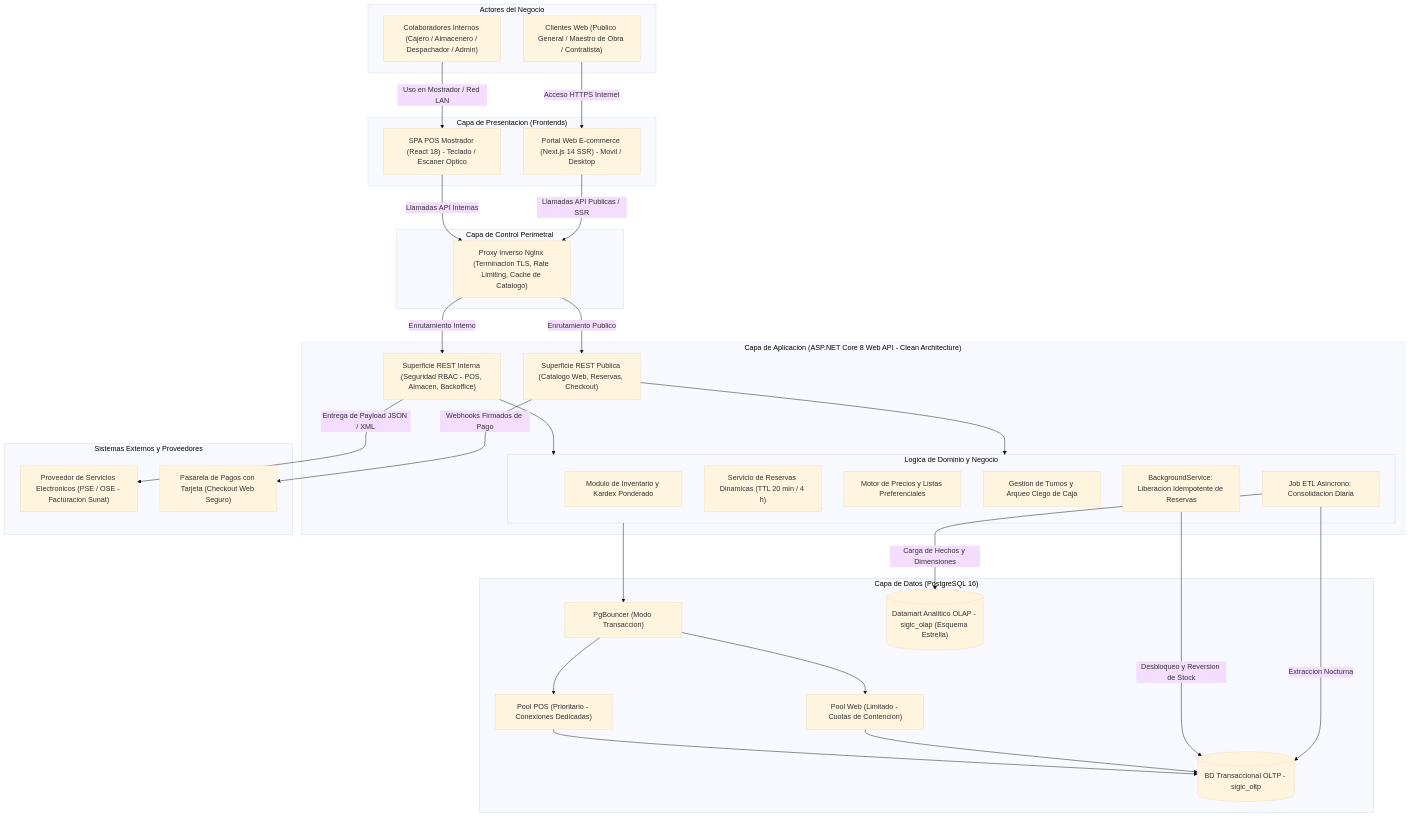
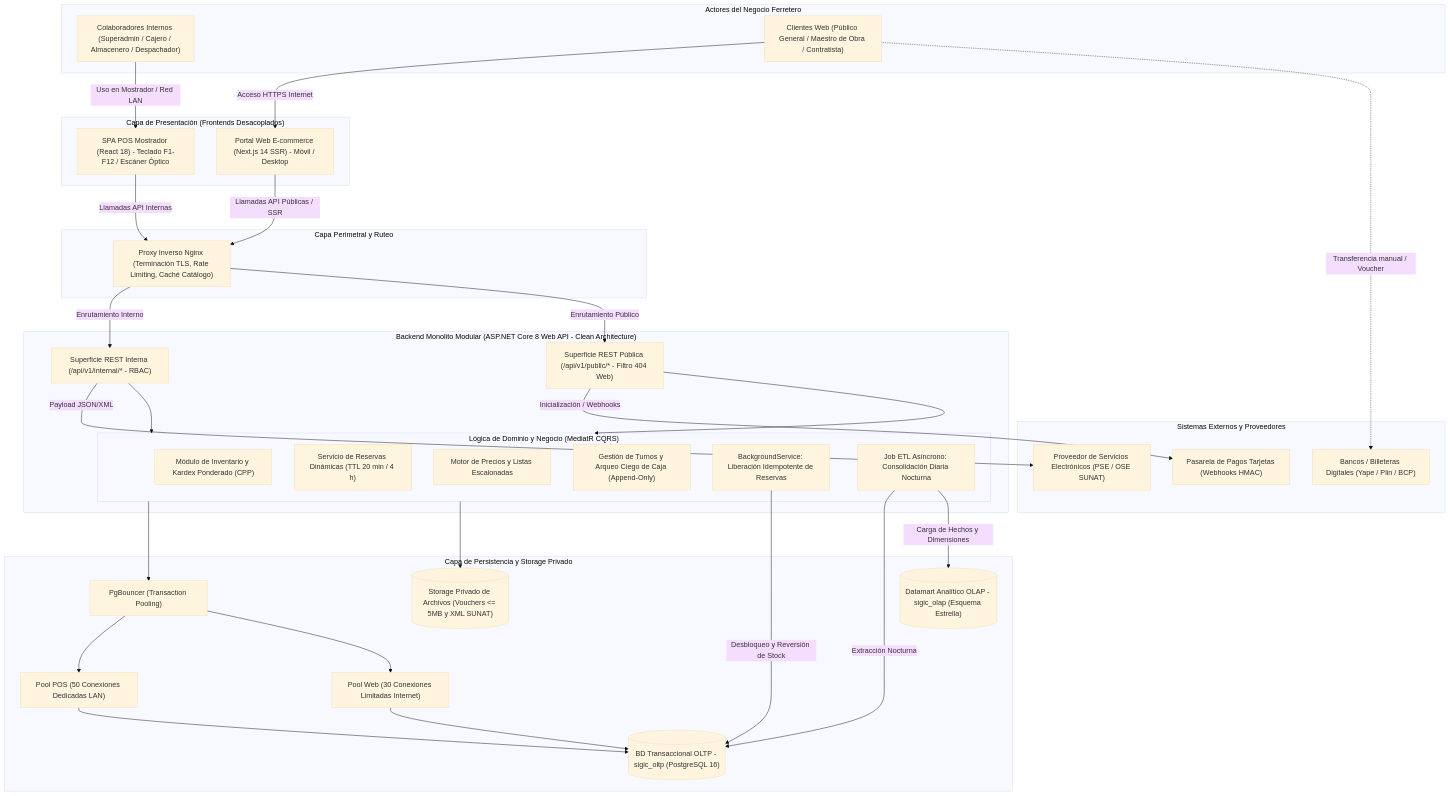
One commit to Crhisxp/SIGIC-arquitSoft-proyecto-final changed the first of 2 diagrams in 02-arquitectura-software/arquitectura-inicial.md. Above: the diagram before and after it, drawn with Mermaid (base theme). The commit also changed other lines of this file and 53 other files, not shown here.

````diff
--- a/02-arquitectura-software/arquitectura-inicial.md
+++ b/02-arquitectura-software/arquitectura-inicial.md
@@ -26,77 +42,81 @@
 ```mermaid
 graph TD
     %% Actores del Sistema
-    subgraph Actores ["Actores del Negocio"]
-        A1["Colaboradores Internos (Cajero / Almacenero / Despachador / Admin)"]
-        A2["Clientes Web (Publico General / Maestro de Obra / Contratista)"]
+    subgraph Actores ["Actores del Negocio Ferretero"]
+        A1["Colaboradores Internos (Superadmin / Cajero / Almacenero / Despachador)"]
+        A2["Clientes Web (Público General / Maestro de Obra / Contratista)"]
     end
 
     %% Capa de Presentación
-    subgraph Presentacion ["Capa de Presentacion (Frontends)"]
-        UI_POS["SPA POS Mostrador (React 18) - Teclado / Escaner Optico"]
-        UI_WEB["Portal Web E-commerce (Next.js 14 SSR) - Movil / Desktop"]
+    subgraph Presentacion ["Capa de Presentación (Frontends Desacoplados)"]
+        UI_POS["SPA POS Mostrador (React 18) - Teclado F1-F12 / Escáner Óptico"]
+        UI_WEB["Portal Web E-commerce (Next.js 14 SSR) - Móvil / Desktop"]
     end
 
     %% Capa de Control y Proxy
-    subgraph Proxy ["Capa de Control Perimetral"]
-        NGINX["Proxy Inverso Nginx (Terminacion TLS, Rate Limiting, Cache de Catalogo)"]
+    subgraph Proxy ["Capa Perimetral y Ruteo"]
+        NGINX["Proxy Inverso Nginx (Terminación TLS, Rate Limiting, Caché Catálogo)"]
     end
 
     %% Capa de Aplicación y Servicios
-    subgraph Backend ["Capa de Aplicacion (ASP.NET Core 8 Web API - Clean Architecture)"]
-        API_INT["Superficie REST Interna (Seguridad RBAC - POS, Almacen, Backoffice)"]
-        API_PUB["Superficie REST Publica (Catalogo Web, Reservas, Checkout)"]
+    subgraph Backend ["Backend Monolito Modular (ASP.NET Core 8 Web API - Clean Architecture)"]
+        API_INT["Superficie REST Interna (/api/v1/internal/* - RBAC)"]
+        API_PUB["Superficie REST Pública (/api/v1/public/* - Filtro 404 Web)"]
         
-        subgraph Core ["Logica de Dominio y Negocio"]
-            DOM_INV["Modulo de Inventario y Kardex Ponderado"]
-            DOM_RES["Servicio de Reservas Dinamicas (TTL 20 min / 4 h)"]
-            DOM_PRE["Motor de Precios y Listas Preferenciales"]
-            DOM_CAJ["Gestion de Turnos y Arqueo Ciego de Caja"]
-            WORKER_RES["BackgroundService: Liberacion Idempotente de Reservas"]
-            WORKER_ETL["Job ETL Asincrono: Consolidacion Diaria"]
+        subgraph Core ["Lógica de Dominio y Negocio (MediatR CQRS)"]
+            DOM_INV["Módulo de Inventario y Kardex Ponderado (CPP)"]
+            DOM_RES["Servicio de Reservas Dinámicas (TTL 20 min / 4 h)"]
+            DOM_PRE["Motor de Precios y Listas Escalonadas"]
+            DOM_CAJ["Gestión de Turnos y Arqueo Ciego de Caja (Append-Only)"]
+            WORKER_RES["BackgroundService: Liberación Idempotente de Reservas"]
+            WORKER_ETL["Job ETL Asíncrono: Consolidación Diaria Nocturna"]
         end
     end
 
-    %% Capa de Acceso a Datos y Persistencia
-    subgraph Persistencia ["Capa de Datos (PostgreSQL 16)"]
-        PGBOUNCER["PgBouncer (Modo Transaccion)"]
-        POOL_POS["Pool POS (Prioritario - Conexiones Dedicadas)"]
-        POOL_WEB["Pool Web (Limitado - Cuotas de Contencion)"]
+    %% Capa de Almacenamiento y Persistencia
+    subgraph Almacenamiento ["Capa de Persistencia y Storage Privado"]
+        PGBOUNCER["PgBouncer (Transaction Pooling)"]
+        POOL_POS["Pool POS (50 Conexiones Dedicadas LAN)"]
+        POOL_WEB["Pool Web (30 Conexiones Limitadas Internet)"]
         
-        DB_OLTP[("BD Transaccional OLTP - sigic_oltp")]
-        DB_OLAP[("Datamart Analitico OLAP - sigic_olap (Esquema Estrella)")]
+        DB_OLTP[("BD Transaccional OLTP - sigic_oltp (PostgreSQL 16)")]
+        DB_OLAP[("Datamart Analítico OLAP - sigic_olap (Esquema Estrella)")]
+        STORAGE_PRIV[("Storage Privado de Archivos (Vouchers <= 5MB y XML SUNAT)")]
     end
 
     %% Sistemas Externos
     subgraph Externos ["Sistemas Externos y Proveedores"]
-        EXT_PSE["Proveedor de Servicios Electronicos (PSE / OSE - Facturacion Sunat)"]
-        EXT_PAY["Pasarela de Pagos con Tarjeta (Checkout Web Seguro)"]
+        EXT_PSE["Proveedor de Servicios Electrónicos (PSE / OSE SUNAT)"]
+        EXT_PAY["Pasarela de Pagos Tarjetas (Webhooks HMAC)"]
+        EXT_BAN["Bancos / Billeteras Digitales (Yape / Plin / BCP)"]
     end
 
     %% Relaciones de Flujo
     A1 -->|Uso en Mostrador / Red LAN| UI_POS
     A2 -->|Acceso HTTPS Internet| UI_WEB
 
     UI_POS -->|Llamadas API Internas| NGINX
-    UI_WEB -->|Llamadas API Publicas / SSR| NGINX
+    UI_WEB -->|Llamadas API Públicas / SSR| NGINX
 
     NGINX -->|Enrutamiento Interno| API_INT
-    NGINX -->|Enrutamiento Publico| API_PUB
+    NGINX -->|Enrutamiento Público| API_PUB
 
     API_INT --> Core
     API_PUB --> Core
 
     Core --> PGBOUNCER
+    Core --> STORAGE_PRIV
     PGBOUNCER --> POOL_POS
     PGBOUNCER --> POOL_WEB
     
     POOL_POS --> DB_OLTP
     POOL_WEB --> DB_OLTP
 
-    WORKER_RES -->|Desbloqueo y Reversion de Stock| DB_OLTP
-    WORKER_ETL -->|Extraccion Nocturna| DB_OLTP
+    WORKER_RES -->|Desbloqueo y Reversión de Stock| DB_OLTP
+    WORKER_ETL -->|Extracción Nocturna| DB_OLTP
     WORKER_ETL -->|Carga de Hechos y Dimensiones| DB_OLAP
 
-    API_INT -->|Entrega de Payload JSON / XML| EXT_PSE
-    API_PUB -->|Webhooks Firmados de Pago| EXT_PAY
+    API_INT -->|Payload JSON/XML| EXT_PSE
+    API_PUB -->|Inicialización / Webhooks| EXT_PAY
+    A2 -.->|Transferencia manual / Voucher| EXT_BAN
 ```
````
